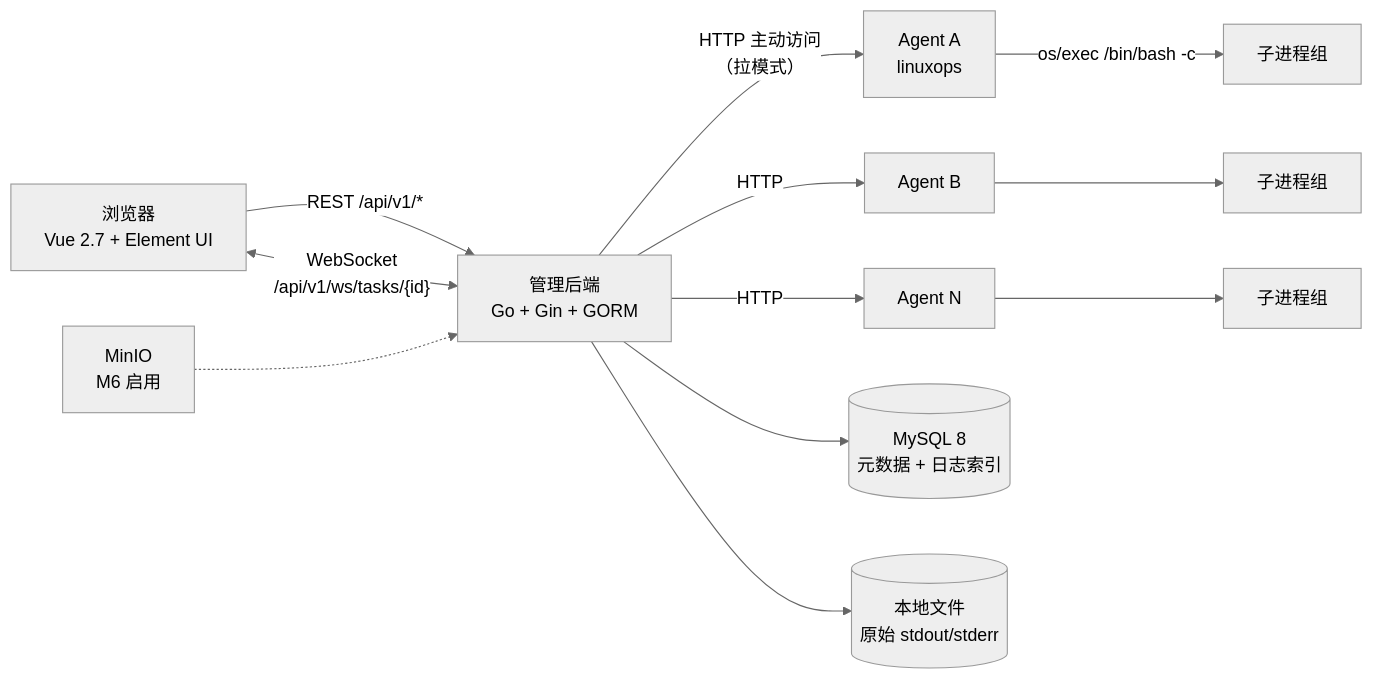
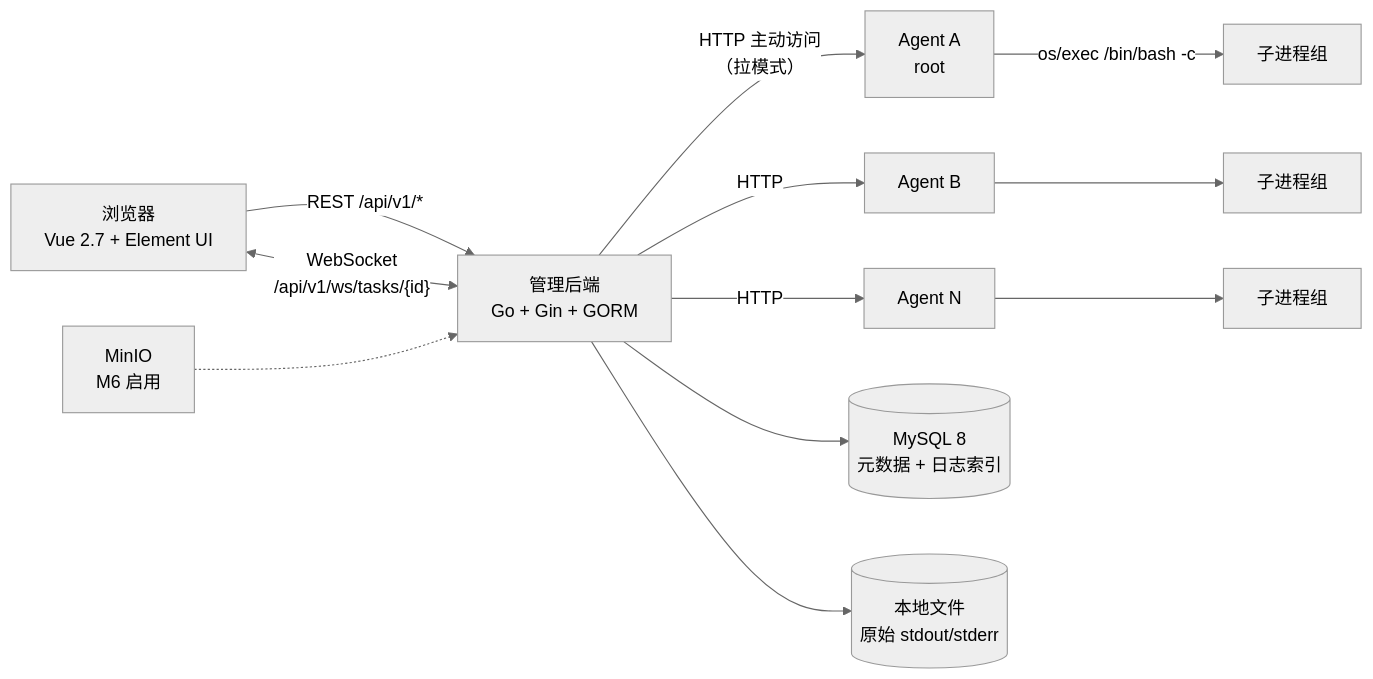
One commit to FadeCalm/linux-ops-platform changed the first of 4 diagrams in docs/architecture.md. Above: the diagram before and after it, drawn with Mermaid (neutral theme). The commit also changed other lines of this file and 60 other files, not shown here.

````diff
--- a/docs/architecture.md
+++ b/docs/architecture.md
@@ -46,14 +64,14 @@
 ```mermaid
 flowchart LR
     B["浏览器<br/>Vue 2.7 + Element UI"] -->|"REST /api/v1/*"| BE["管理后端<br/>Go + Gin + GORM"]
     B <-->|"WebSocket<br/>/api/v1/ws/tasks/{id}"| BE
-    BE -->|"HTTP 主动访问<br/>（拉模式）"| A1["Agent A<br/>linuxops"]
+    BE -->|"HTTP 主动访问<br/>（拉模式）"| A1["Agent A<br/>root"]
     BE -->|"HTTP"| A2["Agent B"]
     BE -->|"HTTP"| A3["Agent N"]
     BE --> DB[("MySQL 8<br/>元数据 + 日志索引")]
     BE --> FS[("本地文件<br/>原始 stdout/stderr")]
     A1 -->|"os/exec /bin/bash -c"| P1["子进程组"]
     A2 --> P2["子进程组"]
     A3 --> P3["子进程组"]
     MIN["MinIO<br/>M6 启用"] -.-> BE
 ```
````
